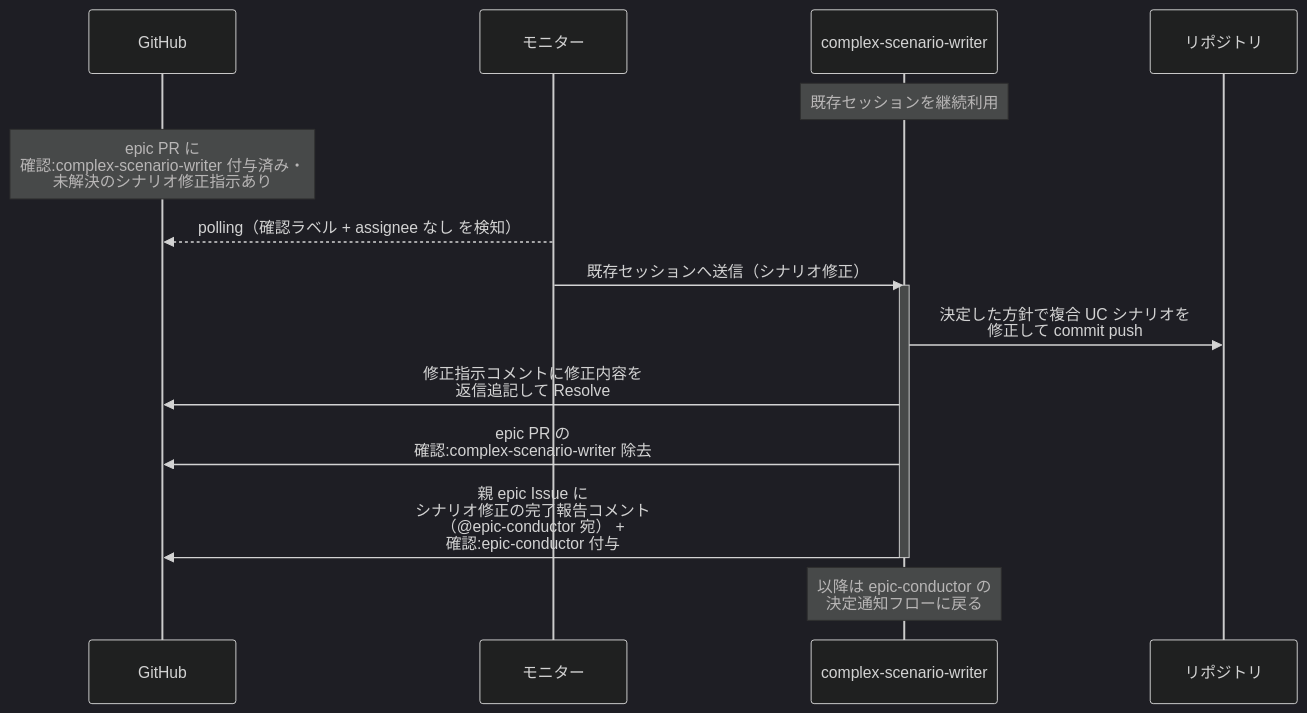
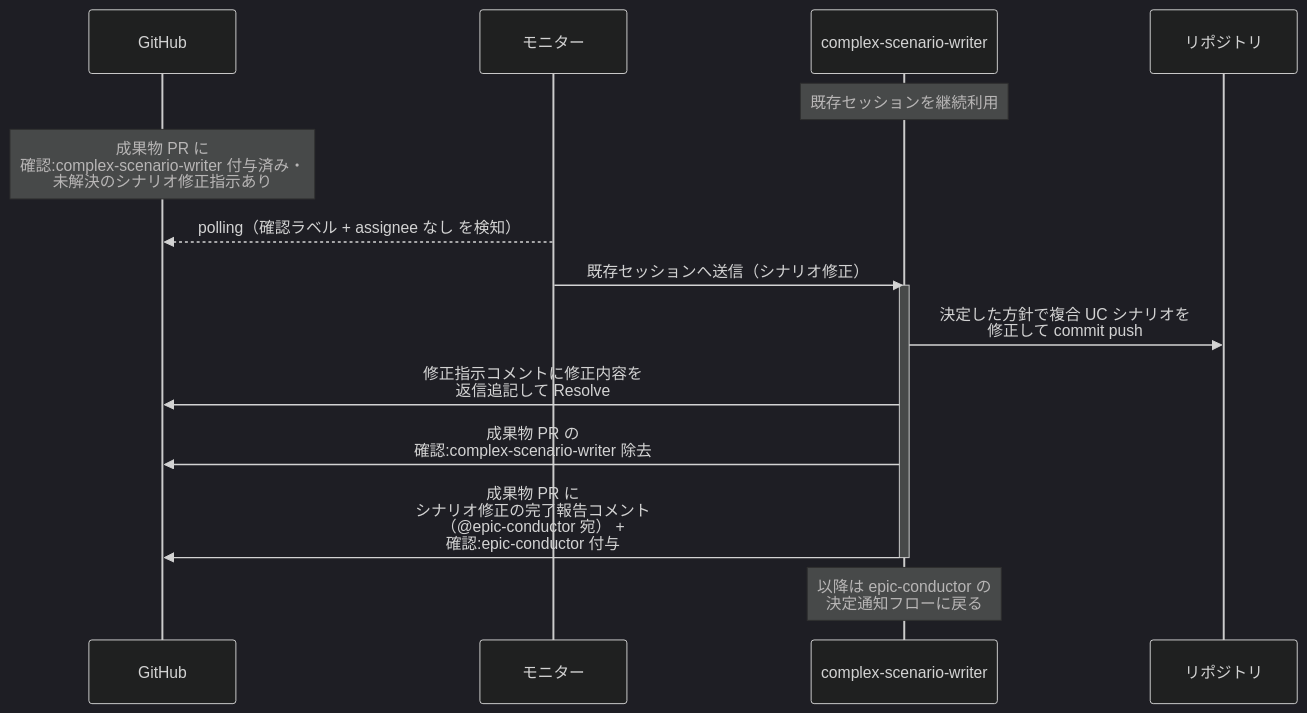
One commit to shuhei1101/ai-monitor changed the second of 3 diagrams in docs/wiki/設計図/シナリオ/単一ユースケース/複合シナリオ設計.md. Above: the diagram before and after it, drawn with Mermaid (dark theme). The commit also changed other lines of this file and 256 other files, not shown here.

````diff
--- a/docs/wiki/設計図/シナリオ/単一ユースケース/複合シナリオ設計.md
+++ b/docs/wiki/設計図/シナリオ/単一ユースケース/複合シナリオ設計.md
@@ -93,19 +94,19 @@
 ```mermaid
 sequenceDiagram
   participant GH as GitHub
   participant ORC as モニター
   participant MON as complex-scenario-writer
   participant REPO as リポジトリ
 
   Note over MON: 既存セッションを継続利用
-  Note over GH: epic PR に<br>確認:complex-scenario-writer 付与済み・<br>未解決のシナリオ修正指示あり
+  Note over GH: 成果物 PR に<br>確認:complex-scenario-writer 付与済み・<br>未解決のシナリオ修正指示あり
   ORC-->>GH: polling（確認ラベル + assignee なし を検知）
   ORC->>MON: 既存セッションへ送信（シナリオ修正）
   activate MON
   MON->>REPO: 決定した方針で複合 UC シナリオを<br>修正して commit push
   MON->>GH: 修正指示コメントに修正内容を<br>返信追記して Resolve
-  MON->>GH: epic PR の<br>確認:complex-scenario-writer 除去
-  MON->>GH: 親 epic Issue に<br>シナリオ修正の完了報告コメント<br>（@epic-conductor 宛） +<br>確認:epic-conductor 付与
+  MON->>GH: 成果物 PR の<br>確認:complex-scenario-writer 除去
+  MON->>GH: 成果物 PR に<br>シナリオ修正の完了報告コメント<br>（@epic-conductor 宛） +<br>確認:epic-conductor 付与
   deactivate MON
   Note over MON: 以降は epic-conductor の<br>決定通知フローに戻る
 ```
````
